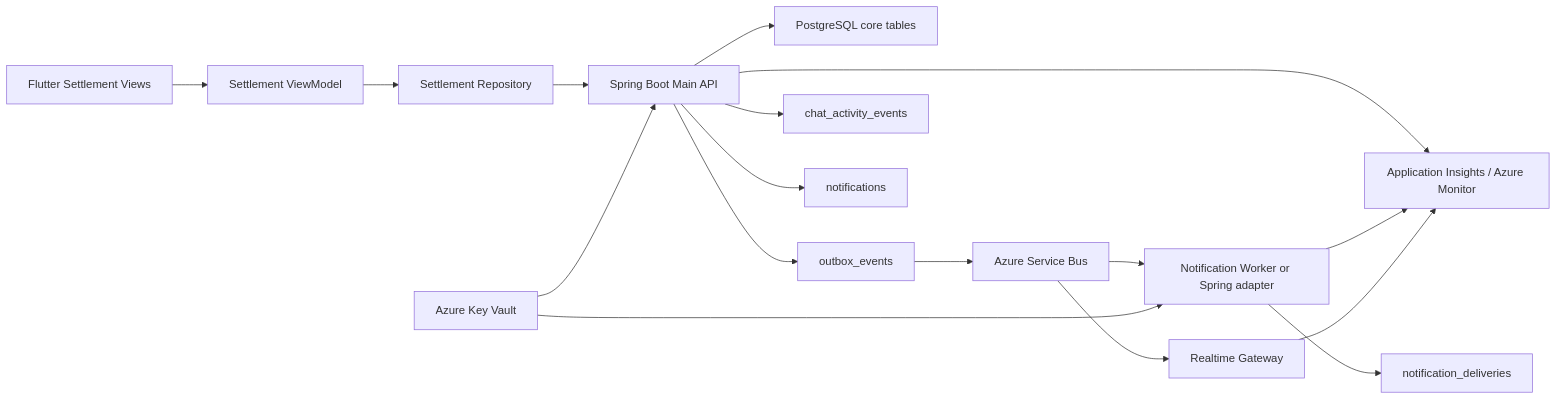
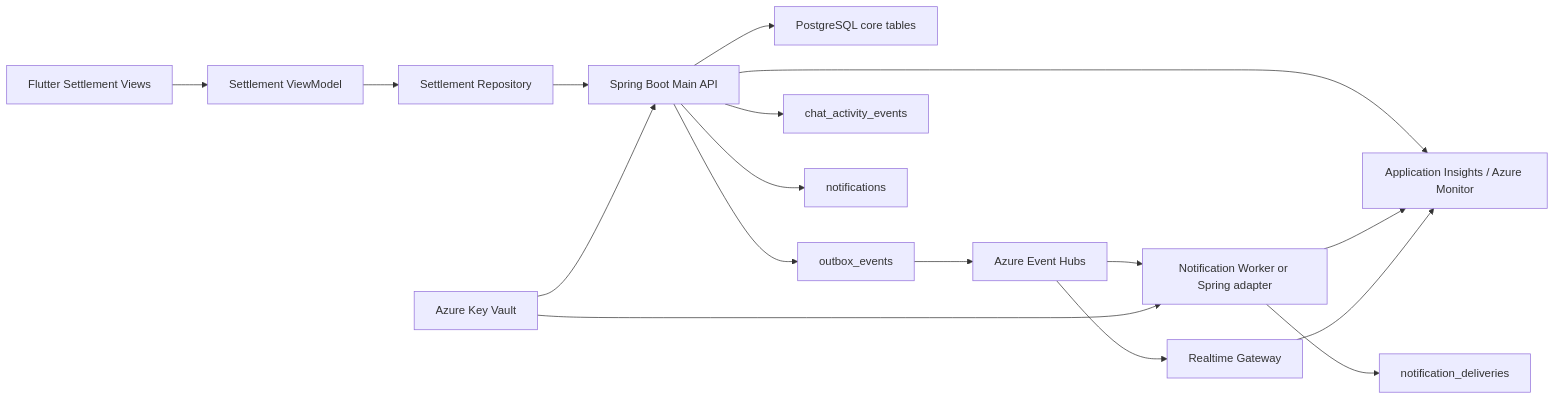
Before and after one commit to Onieum/ONMU: the diagram in docs/architecture/settlement-architecture.md, drawn with Mermaid. The commit also changed other lines of this file and 71 other files, not shown here.

````diff
--- a/docs/architecture/settlement-architecture.md
+++ b/docs/architecture/settlement-architecture.md
@@ -87,34 +87,34 @@
 ```mermaid
 flowchart LR
     view["Flutter Settlement Views"]
     vm["Settlement ViewModel"]
     repo["Settlement Repository"]
     api["Spring Boot Main API"]
     db["PostgreSQL core tables"]
     outbox["outbox_events"]
     activity["chat_activity_events"]
     inbox["notifications"]
     deliveries["notification_deliveries"]
-    queue["Azure Service Bus"]
+    queue["Azure Event Hubs"]
     notification["Notification Worker or Spring adapter"]
     realtime["Realtime Gateway"]
     monitor["Application Insights / Azure Monitor"]
     kv["Azure Key Vault"]
 
     view --> vm
     vm --> repo
     repo --> api
     api --> db
     api --> activity
     api --> inbox
     api --> outbox
     outbox --> queue
     queue --> notification
     queue --> realtime
     notification --> deliveries
     api --> monitor
     notification --> monitor
     realtime --> monitor
     kv --> api
     kv --> notification
 ```
````
